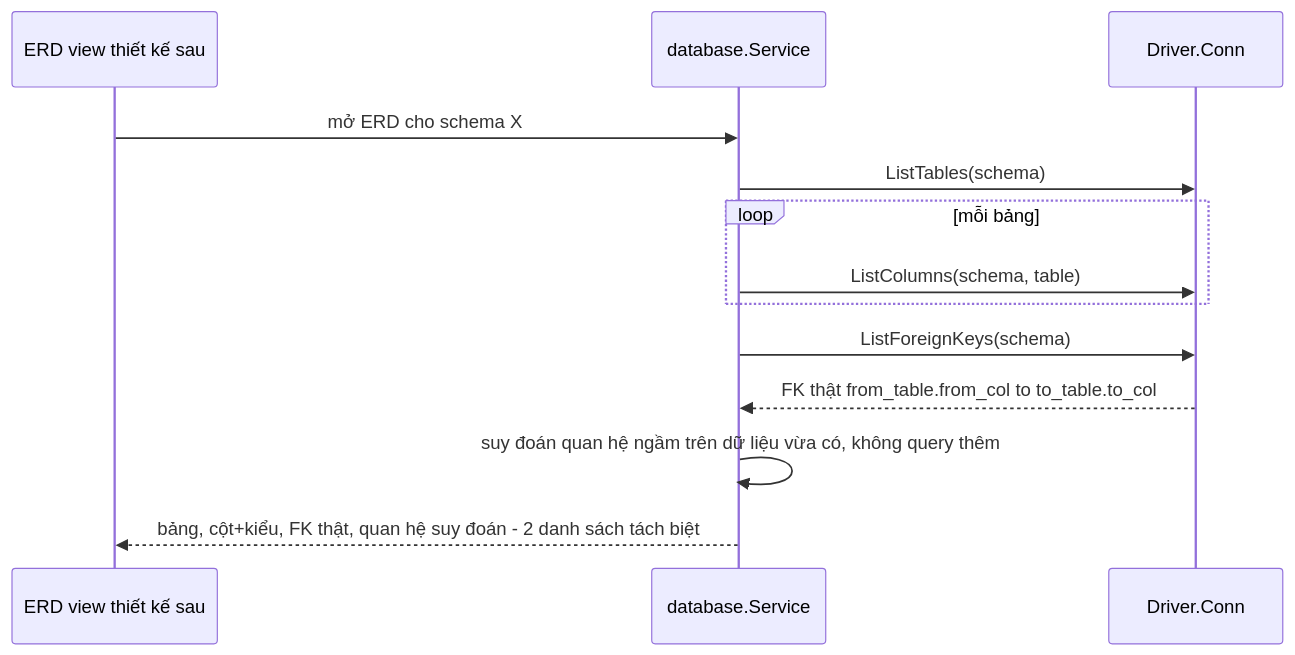
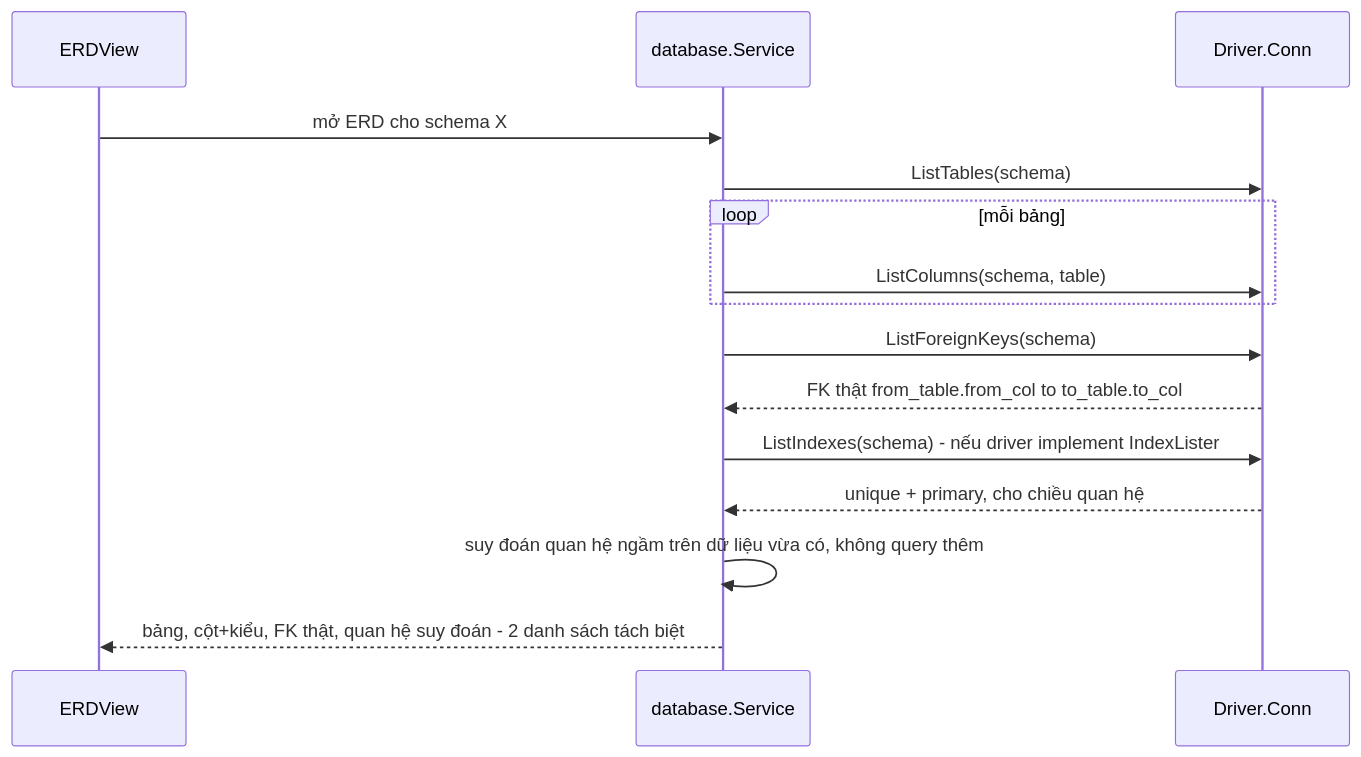
Before and after one commit to syurodev/base: the fifth of 6 diagrams in content/projects/dev-kit/database.mdx, drawn with Mermaid. The commit also changed other lines of this file and 1 other file, not shown here.

````diff
--- a/content/projects/dev-kit/database.mdx
+++ b/content/projects/dev-kit/database.mdx
@@ -719,17 +719,19 @@
 ```mermaid
 sequenceDiagram
-  participant UI as ERD view thiết kế sau
+  participant UI as ERDView
   participant SVC as database.Service
   participant Conn as Driver.Conn
 
   UI->>SVC: mở ERD cho schema X
   SVC->>Conn: ListTables(schema)
   loop mỗi bảng
     SVC->>Conn: ListColumns(schema, table)
   end
   SVC->>Conn: ListForeignKeys(schema)
   Conn-->>SVC: FK thật from_table.from_col to to_table.to_col
+  SVC->>Conn: ListIndexes(schema) - nếu driver implement IndexLister
+  Conn-->>SVC: unique + primary, cho chiều quan hệ
 
   SVC->>SVC: suy đoán quan hệ ngầm trên dữ liệu vừa có, không query thêm
   SVC-->>UI: bảng, cột+kiểu, FK thật, quan hệ suy đoán - 2 danh sách tách biệt
 ```
````
